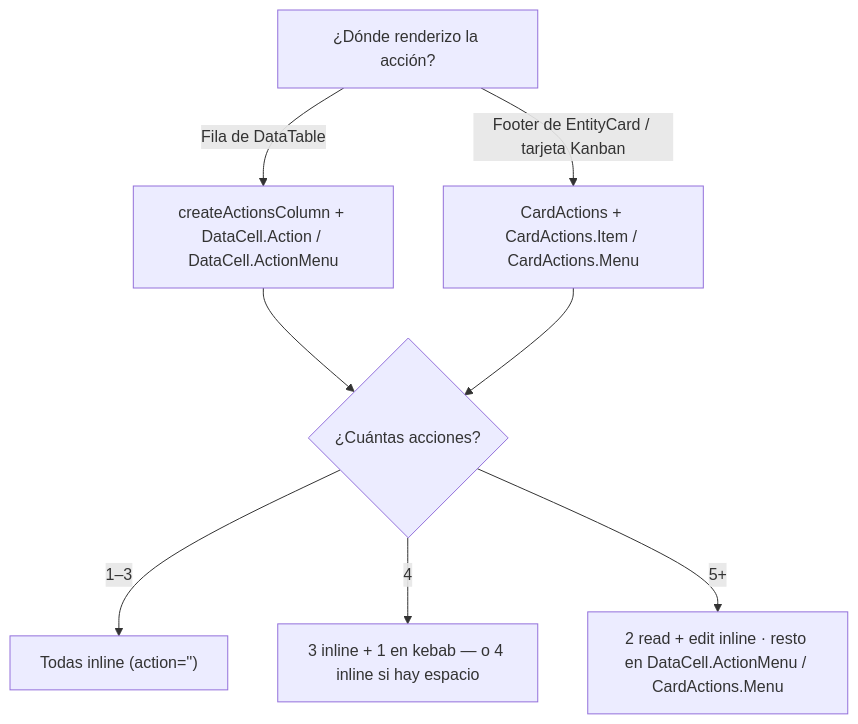
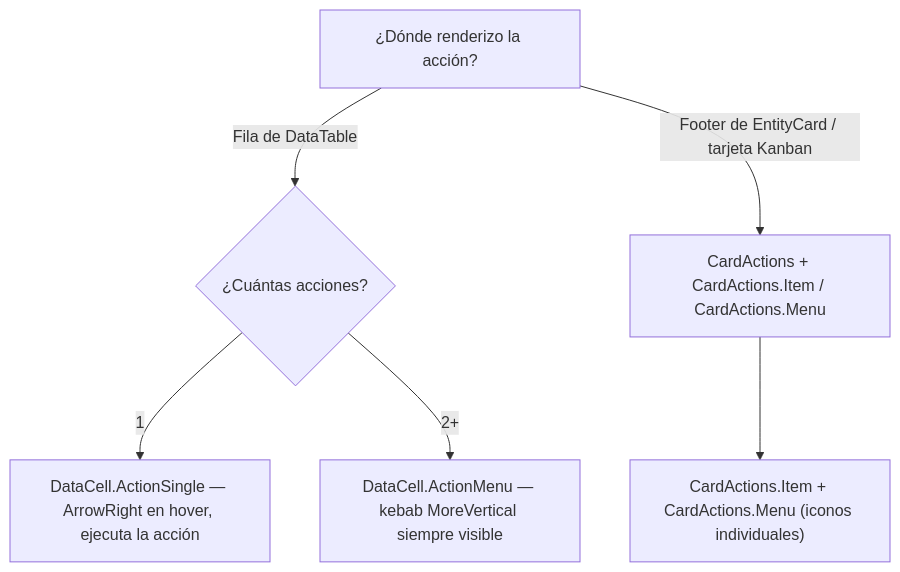
The second of 6 diagrams in docs/20-contracts/component-decision-tree.md (Patricoaa/ERPGrafico), drawn with Mermaid before and after one commit. The commit also changed other lines of this file and 3 other files, not shown here.

First line of the commit message:
feat(actions): simplify DataTable action column — ActionSingle + kebab-only

````diff
--- a/docs/20-contracts/component-decision-tree.md
+++ b/docs/20-contracts/component-decision-tree.md
@@ -35,11 +35,9 @@
 ```mermaid
 graph TD
     A["¿Dónde renderizo la acción?"]
-    A -->|"Fila de DataTable"| B["createActionsColumn + DataCell.Action / DataCell.ActionMenu"]
+    A -->|"Fila de DataTable"| B{"¿Cuántas acciones?"}
     A -->|"Footer de EntityCard / tarjeta Kanban"| C["CardActions + CardActions.Item / CardActions.Menu"]
-    B --> D{"¿Cuántas acciones?"}
-    C --> D
-    D -->|"1–3"| E["Todas inline (action='<key>')"]
-    D -->|"4"| F["3 inline + 1 en kebab — o 4 inline si hay espacio"]
-    D -->|"5+"| G["2 read + edit inline · resto en DataCell.ActionMenu / CardActions.Menu"]
+    B -->|"1"| D["DataCell.ActionSingle — ArrowRight en hover, ejecuta la acción"]
+    B -->|"2+"| E["DataCell.ActionMenu — kebab MoreVertical siempre visible"]
+    C --> F["CardActions.Item + CardActions.Menu (iconos individuales)"]
 ```
````
